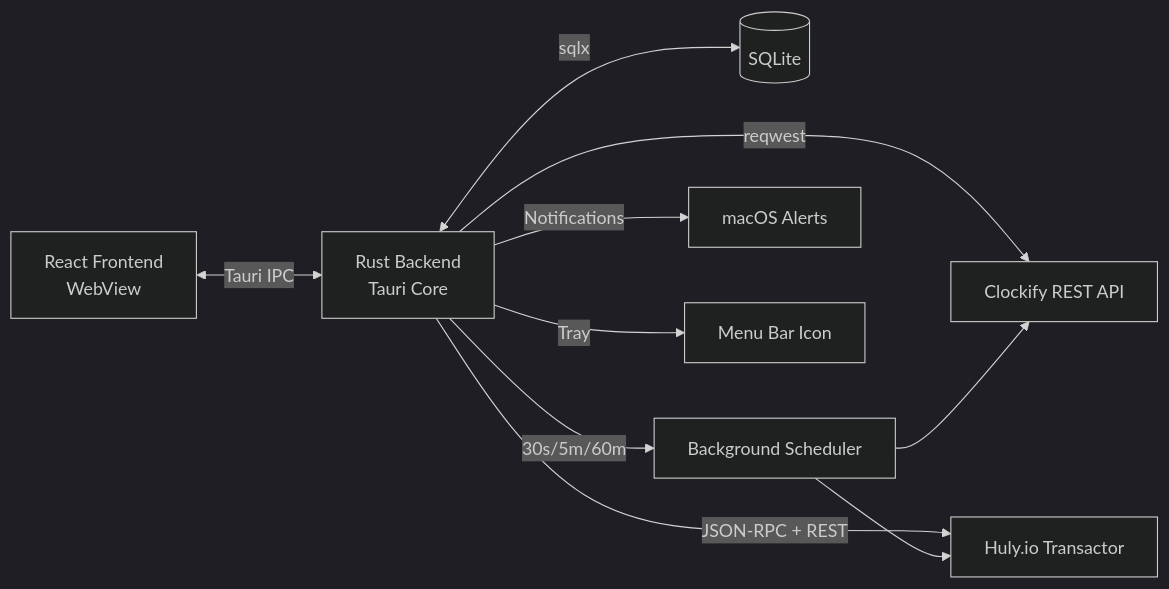
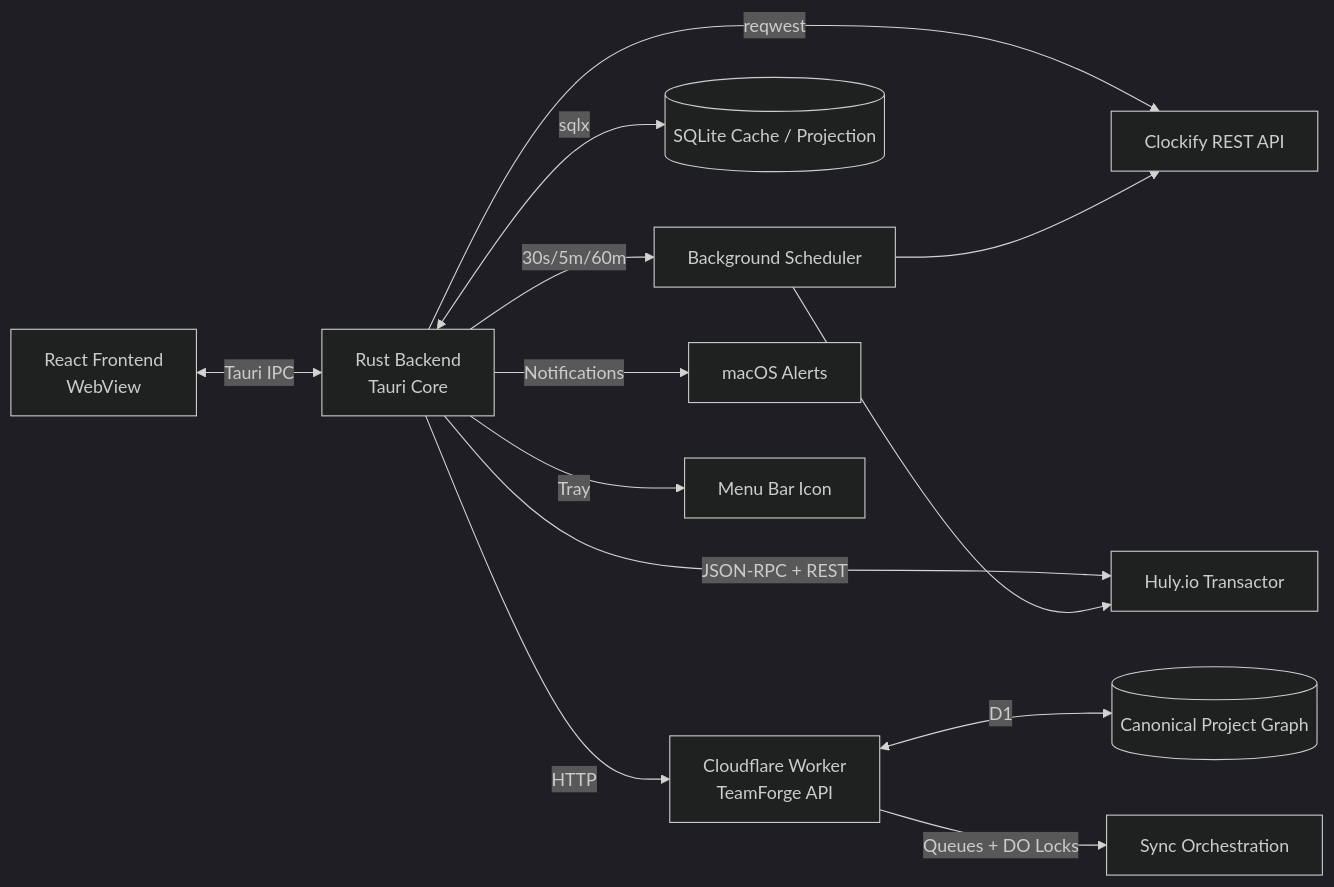
One commit to Sheshiyer/team-forge-ts changed the first of 2 diagrams in README.md. Above: the diagram before and after it, drawn with Mermaid (dark theme). The commit also changed other lines of this file and 32 other files, not shown here.

Commit message:
feat(teamforge): add cloudflare project control plane

````diff
--- a/README.md
+++ b/README.md
@@ -144,12 +145,15 @@
 ```mermaid
 graph LR
     A["React Frontend<br/>WebView"] <-->|"Tauri IPC"| B["Rust Backend<br/>Tauri Core"]
     B -->|"reqwest"| C["Clockify REST API"]
     B -->|"JSON-RPC + REST"| D["Huly.io Transactor"]
-    B <-->|"sqlx"| E[("SQLite")]
-    B -->|"30s/5m/60m"| F["Background Scheduler"]
-    F --> C
-    F --> D
-    B -->|"Notifications"| G["macOS Alerts"]
-    B -->|"Tray"| H["Menu Bar Icon"]
+    B -->|"HTTP"| E["Cloudflare Worker<br/>TeamForge API"]
+    E <-->|"D1"| F[("Canonical Project Graph")]
+    E -->|"Queues + DO Locks"| G["Sync Orchestration"]
+    B <-->|"sqlx"| H[("SQLite Cache / Projection")]
+    B -->|"30s/5m/60m"| I["Background Scheduler"]
+    I --> C
+    I --> D
+    B -->|"Notifications"| J["macOS Alerts"]
+    B -->|"Tray"| K["Menu Bar Icon"]
 ```
````
